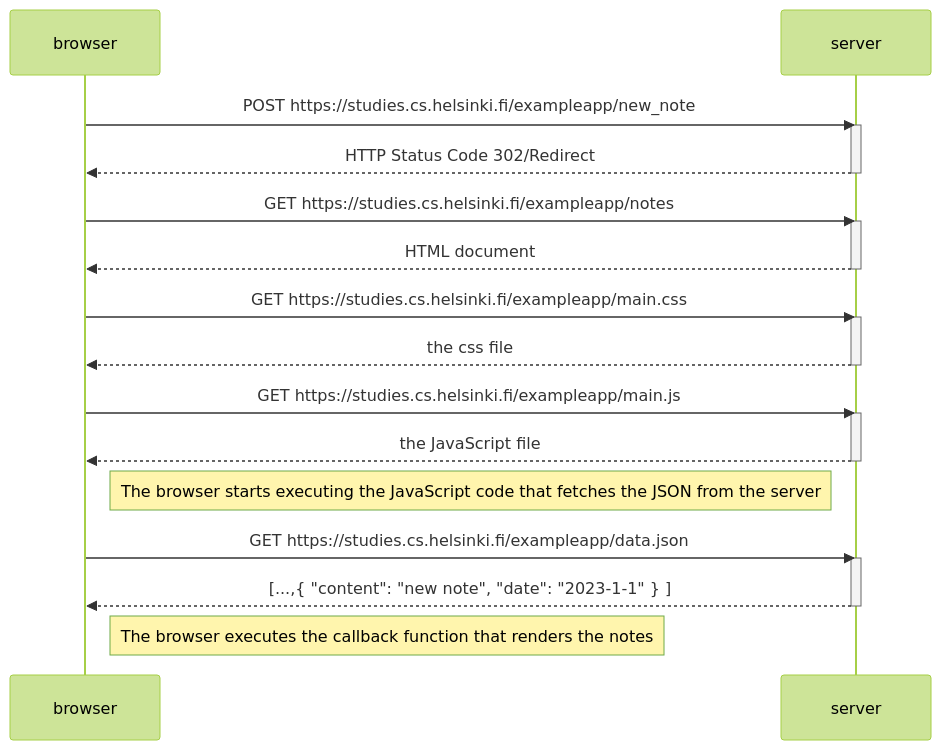
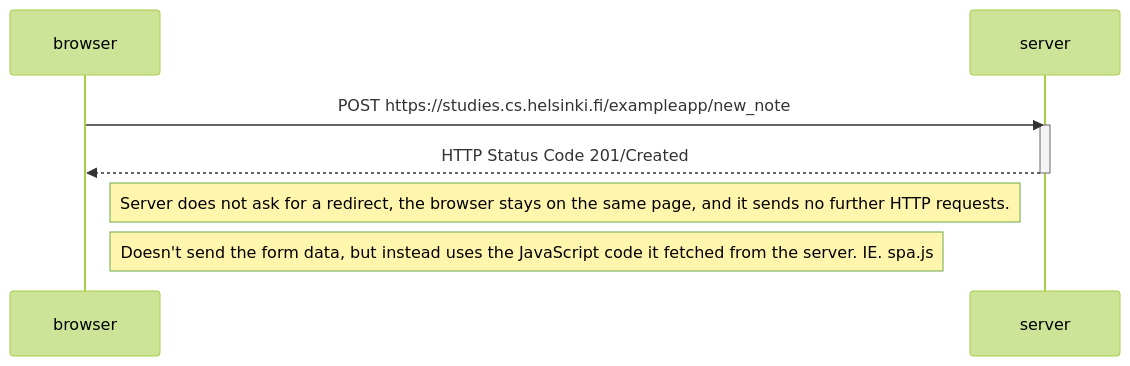
One commit to mauricepruna/fullstackopen changed the diagram in part0/0.6_seq_diagram.md. Above: the diagram before and after it, drawn with Mermaid (forest theme). The commit also changed 2 other files, not shown here.

Commit message:
submitting part0

````diff
--- a/part0/0.6_seq_diagram.md
+++ b/part0/0.6_seq_diagram.md
@@ -1,34 +1,14 @@
 ```mermaid
 sequenceDiagram
     participant browser
     participant server
 
     browser->>server: POST https://studies.cs.helsinki.fi/exampleapp/new_note
     activate server
-    server-->>browser: HTTP Status Code 302/Redirect
+    server-->>browser: HTTP Status Code 201/Created
     deactivate server
 
-    browser->>server: GET https://studies.cs.helsinki.fi/exampleapp/notes
-    activate server
-    server-->>browser: HTML document
-    deactivate server
+    Note right of browser:  Server does not ask for a redirect, the browser stays on the same page, and it sends no further HTTP requests. 
+    Note right of browser: Doesn't send the form data, but instead uses the JavaScript code it fetched from the server. IE. spa.js
 
-    browser->>server: GET https://studies.cs.helsinki.fi/exampleapp/main.css
-    activate server
-    server-->>browser: the css file
-    deactivate server
-
-    browser->>server: GET https://studies.cs.helsinki.fi/exampleapp/main.js
-    activate server
-    server-->>browser: the JavaScript file
-    deactivate server
-
-    Note right of browser: The browser starts executing the JavaScript code that fetches the JSON from the server
-
-    browser->>server: GET https://studies.cs.helsinki.fi/exampleapp/data.json
-    activate server
-    server-->>browser: [...,{ "content": "new note", "date": "2023-1-1" } ]
-    deactivate server
-
-    Note right of browser: The browser executes the callback function that renders the notes
 ```
````
